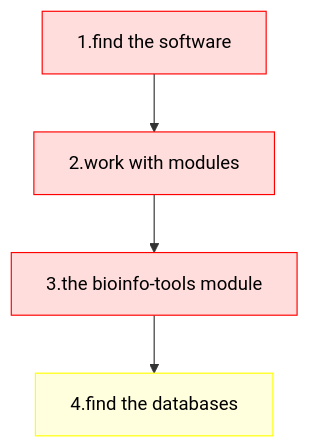
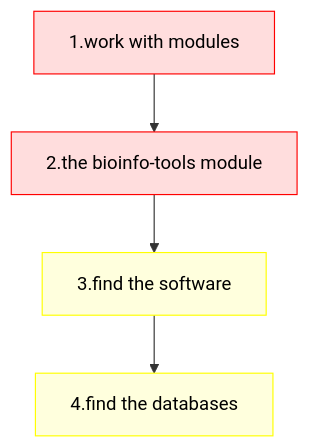
One commit to UPPMAX/bianca_workshop changed the diagram in docs/modules.md. Above: the diagram before and after it, drawn with Mermaid. The commit also changed other lines of this file, not shown here.

````diff
--- a/docs/modules.md
+++ b/docs/modules.md
@@ -85,13 +85,13 @@
 ```mermaid
 flowchart TD
 
   classDef minimal_node fill:#fdd,color:#000,stroke:#f00
   classDef extra_node fill:#ffd,color:#000,stroke:#ff0
 
-  exercise_1[1.find the software]:::minimal_node
-  exercise_2[2.work with modules]:::minimal_node
-  exercise_3[3.the bioinfo-tools module]:::minimal_node
+  exercise_1[1.work with modules]:::minimal_node
+  exercise_2[2.the bioinfo-tools module]:::minimal_node
+  exercise_3[3.find the software]:::extra_node
   exercise_4[4.find the databases]:::extra_node
 
   exercise_1 --> exercise_2 --> exercise_3 --> exercise_4
 ```
````
